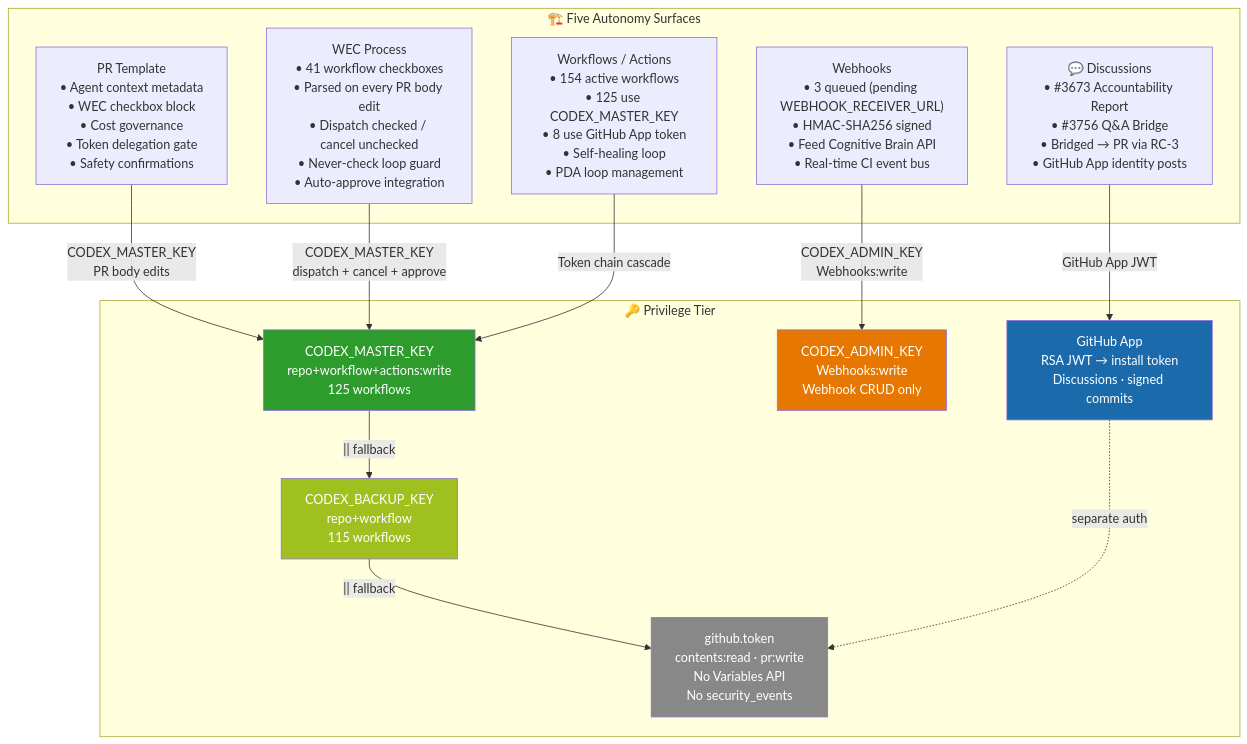
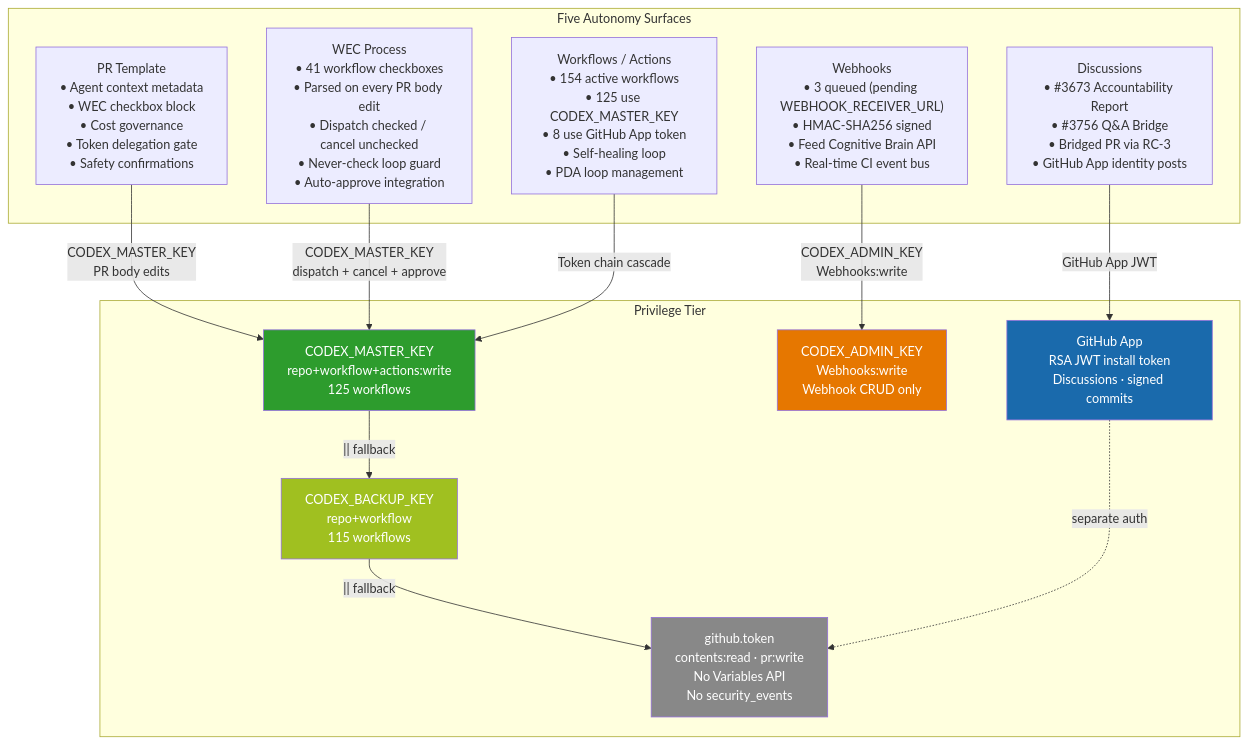
The first of 12 diagrams in docs/plans/AUTONOMOUS_PRIVILEGE_ARCHITECTURE.md (Aries-Serpent/_codex_), drawn with Mermaid before and after one commit. The commit also changed other lines of this file and 4117 other files, not shown here.

````diff
--- a/docs/plans/AUTONOMOUS_PRIVILEGE_ARCHITECTURE.md
+++ b/docs/plans/AUTONOMOUS_PRIVILEGE_ARCHITECTURE.md
@@ -34,35 +34,41 @@
 ```mermaid
-%%{init: {'accessibility': {'title': 'Flowchart showing "🏗️ Five Autonomy Surfaces", " PR Template\n• Agent context metadata\n• WEC checkbox block\n• Cost governance\n• Token delegation gate\n• Safety confirmations"'}}%%
+%%{init: {'accessibility': {'title': 'Flowchart showing " Five Autonomy Surfaces", " PR Template\n• Agent context metadata\n• WEC checkbox block\n• Cost governance\n• Token delegation gate\n• Safety confirmations"'}}%%
+
 graph TD
-    subgraph SURFACES["🏗️ Five Autonomy Surfaces"]
-        PR[" PR Template\n• Agent context metadata\n• WEC checkbox block\n• Cost governance\n• Token delegation gate\n• Safety confirmations"]
-        WEC[" WEC Process\n• 41 workflow checkboxes\n• Parsed on every PR body edit\n• Dispatch checked / cancel unchecked\n• Never-check loop guard\n• Auto-approve integration"]
-        WF[" Workflows / Actions\n• 154 active workflows\n• 125 use CODEX_MASTER_KEY\n• 8 use GitHub App token\n• Self-healing loop\n• PDA loop management"]
-        DISC["💬 Discussions\n• #3673 Accountability Report\n• #3756 Q&A Bridge\n• Bridged → PR via RC-3\n• GitHub App identity posts"]
-        WH[" Webhooks\n• 3 queued (pending WEBHOOK_RECEIVER_URL)\n• HMAC-SHA256 signed\n• Feed Cognitive Brain API\n• Real-time CI event bus"]
-    end
+ subgraph SURFACES[" Five Autonomy Surfaces"]
+ PR[" PR Template\n• Agent context metadata\n• WEC checkbox block\n• Cost governance\n• Token delegation gate\n• Safety confirmations"]
+ WEC[" WEC Process\n• 41 workflow checkboxes\n• Parsed on every PR body edit\n• Dispatch checked / cancel unchecked\n• Never-check loop guard\n• Auto-approve integration"]
+ WF[" Workflows / Actions\n• 154 active workflows\n• 125 use CODEX_MASTER_KEY\n• 8 use GitHub App token\n• Self-healing loop\n• PDA loop management"]
+ DISC[" Discussions\n• #3673 Accountability Report\n• #3756 Q&A Bridge\n• Bridged PR via RC-3\n• GitHub App identity posts"]
+ WH[" Webhooks\n• 3 queued (pending WEBHOOK_RECEIVER_URL)\n• HMAC-SHA256 signed\n• Feed Cognitive Brain API\n• Real-time CI event bus"]
+ end
 
-    subgraph TOKENS["🔑 Privilege Tier"]
-        T1["CODEX_MASTER_KEY\nrepo+workflow+actions:write\n125 workflows"]
-        T2["CODEX_BACKUP_KEY\nrepo+workflow\n115 workflows"]
-        T3["CODEX_ADMIN_KEY\nWebhooks:write\nWebhook CRUD only"]
-        T4["GitHub App\nRSA JWT → install token\nDiscussions · signed commits"]
-        T5["github.token\ncontents:read · pr:write\n No Variables API\n No security_events"]
-    end
+ subgraph TOKENS[" Privilege Tier"]
+ T1["CODEX_MASTER_KEY\nrepo+workflow+actions:write\n125 workflows"]
+ T2["CODEX_BACKUP_KEY\nrepo+workflow\n115 workflows"]
+ T3["CODEX_ADMIN_KEY\nWebhooks:write\nWebhook CRUD only"]
+ T4["GitHub App\nRSA JWT install token\nDiscussions · signed commits"]
+ T5["github.token\ncontents:read · pr:write\n No Variables API\n No security_events"]
+ end
 
-    PR -->|"CODEX_MASTER_KEY\nPR body edits"| T1
-    WEC -->|"CODEX_MASTER_KEY\ndispatch + cancel + approve"| T1
-    WF -->|"Token chain cascade"| T1
-    DISC -->|"GitHub App JWT"| T4
-    WH -->|"CODEX_ADMIN_KEY\nWebhooks:write"| T3
+ PR -->|"CODEX_MASTER_KEY\nPR body edits"| T1
 
-    T1 -->|"|| fallback"| T2
-    T2 -->|"|| fallback"| T5
-    T4 -.->|"separate auth"| T5
+ WEC -->|"CODEX_MASTER_KEY\ndispatch + cancel + approve"| T1
 
-    style T1 fill:#2d9c2d,color:#fff
-    style T2 fill:#a0c020,color:#fff
-    style T3 fill:#e67700,color:#fff
-    style T4 fill:#1a6aac,color:#fff
-    style T5 fill:#888,color:#fff
+ WF -->|"Token chain cascade"| T1
+
+ DISC -->|"GitHub App JWT"| T4
+
+ WH -->|"CODEX_ADMIN_KEY\nWebhooks:write"| T3
+
+ T1 -->|"|| fallback"| T2
+
+ T2 -->|"|| fallback"| T5
+ T4 -.->|"separate auth"| T5
+
+ style T1 fill:#2d9c2d,color:#fff
+ style T2 fill:#a0c020,color:#fff
+ style T3 fill:#e67700,color:#fff
+ style T4 fill:#1a6aac,color:#fff
+ style T5 fill:#888,color:#fff
 ```
````
